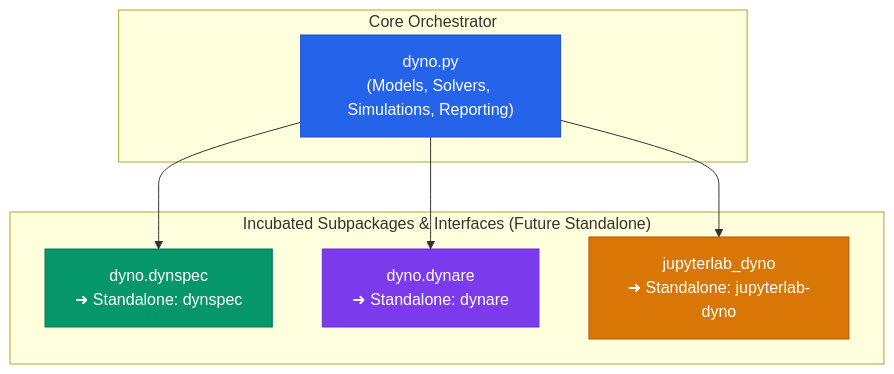
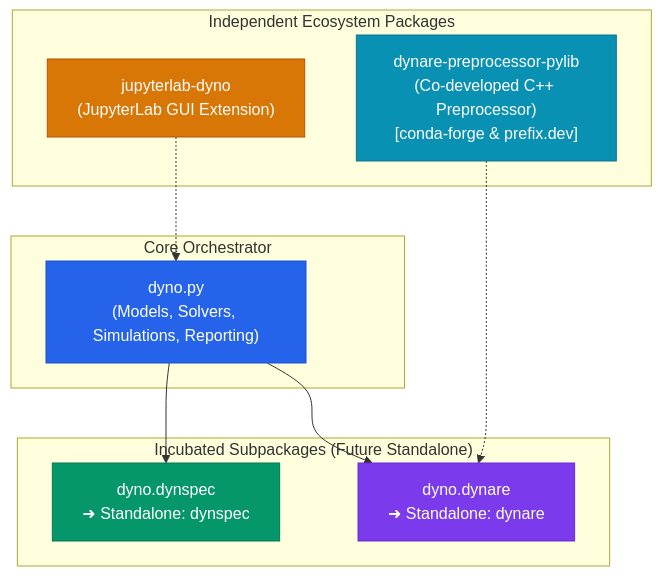
One commit to EconForge/dyno.py changed the diagram in docs/subpackages/index.md. Above: the diagram before and after it, drawn with Mermaid. The commit also changed other lines of this file and 4 other files, not shown here.

Commit message:
docs: separate JupyterLab Dyno into its own section and document co-developed C++ preprocessor

````diff
--- a/docs/subpackages/index.md
+++ b/docs/subpackages/index.md
@@ -7,21 +7,27 @@
 ```mermaid
 graph TD
     subgraph "Core Orchestrator"
         DYNO["dyno.py<br/>(Models, Solvers, Simulations, Reporting)"]
     end
 
-    subgraph "Incubated Subpackages & Interfaces (Future Standalone)"
+    subgraph "Incubated Subpackages (Future Standalone)"
         DYNSPEC["dyno.dynspec<br/>➜ Standalone: dynspec"]
         DYNARE["dyno.dynare<br/>➜ Standalone: dynare"]
-        DYNOLAB["jupyterlab_dyno<br/>➜ Standalone: jupyterlab-dyno"]
+    end
+
+    subgraph "Independent Ecosystem Packages"
+        DYNOLAB["jupyterlab-dyno<br/>(JupyterLab GUI Extension)"]
+        PREPROC["dynare-preprocessor-pylib<br/>(Co-developed C++ Preprocessor)<br/>[conda-forge & prefix.dev]"]
     end
 
     DYNO --> DYNSPEC
     DYNO --> DYNARE
-    DYNO --> DYNOLAB
+    DYNOLAB -.-> DYNO
+    PREPROC -.-> DYNARE
 
     style DYNO fill:#2563eb,stroke:#1d4ed8,color:#fff
     style DYNSPEC fill:#059669,stroke:#047857,color:#fff
     style DYNARE fill:#7c3aed,stroke:#6d28d9,color:#fff
     style DYNOLAB fill:#d97706,stroke:#b45309,color:#fff
+    style PREPROC fill:#0891b2,stroke:#0e7490,color:#fff
 ```
````
